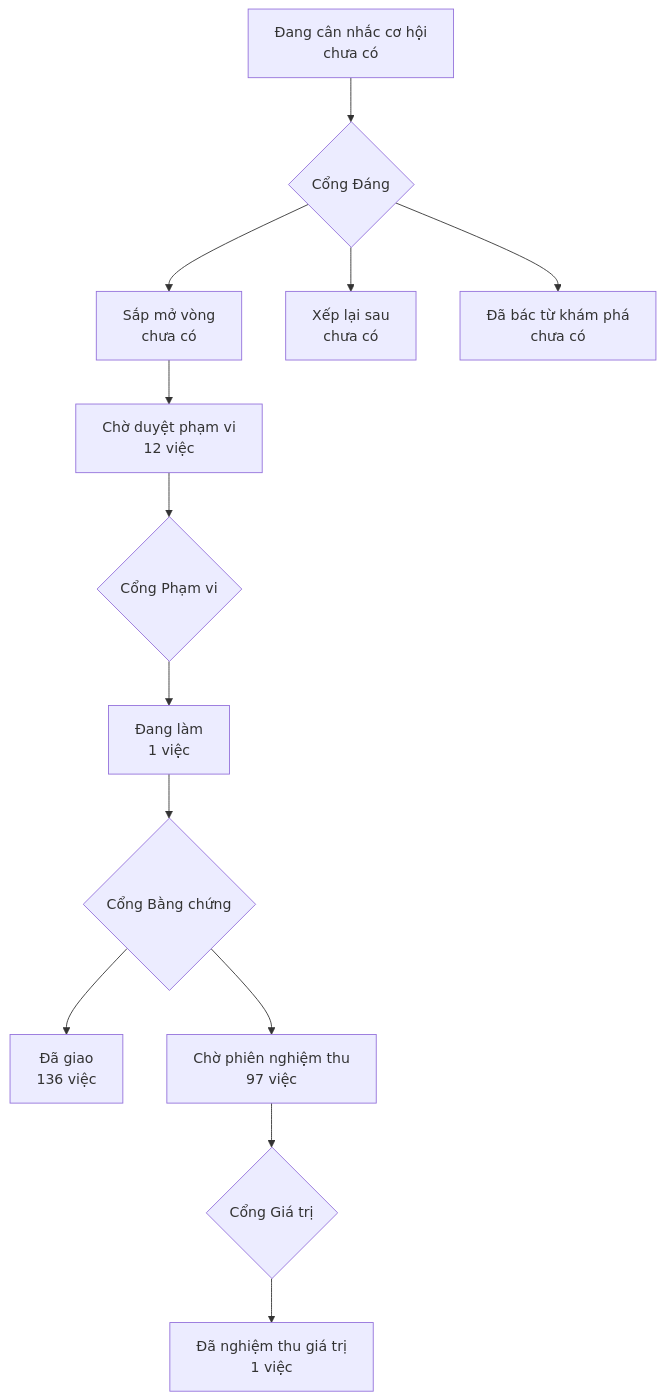
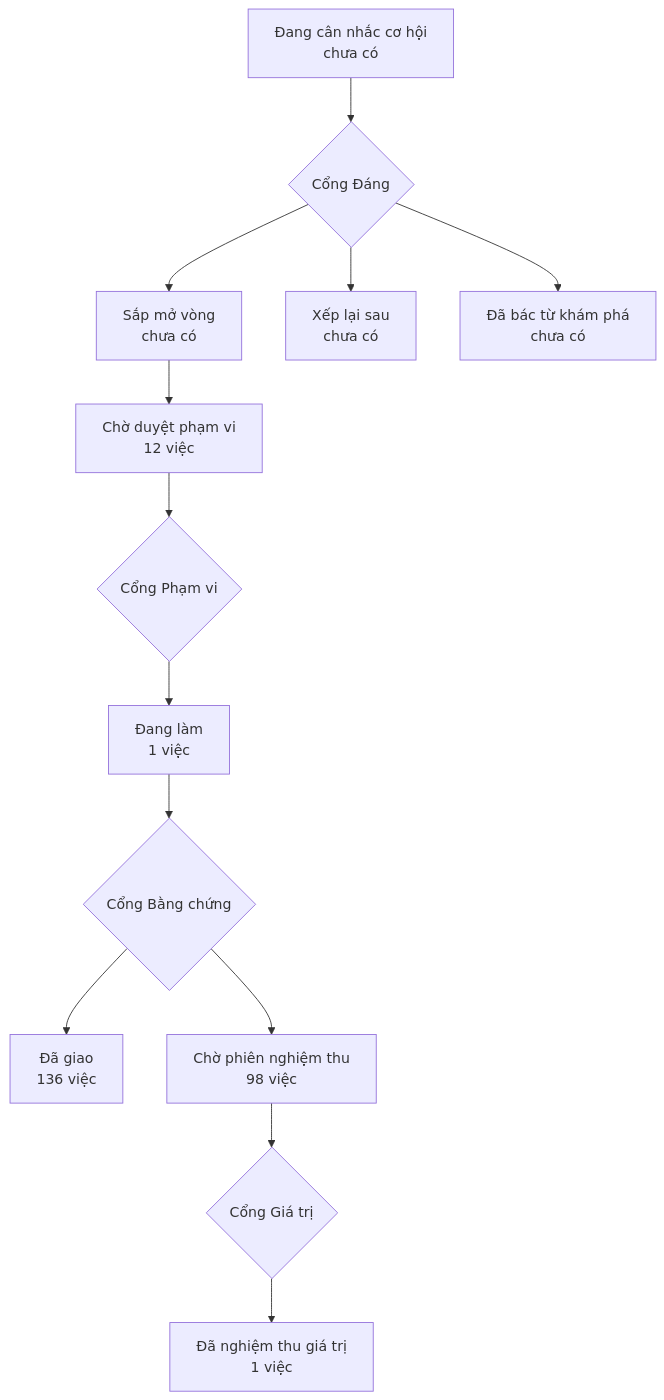
The diagram in PRODUCT-MAP.md (phanlemanh/onehub-invest), drawn with Mermaid before and after one commit. The commit also changed other lines of this file and 49 other files, not shown here.

Commit message:
docs(acceptance): trang-chi-tiet-tin qua S4 vòng 2, gói bằng chứng chờ Cổng Bằng chứng

````diff
--- a/PRODUCT-MAP.md
+++ b/PRODUCT-MAP.md
@@ -7,12 +7,12 @@
 ```mermaid
 flowchart TD
   A["Đang cân nhắc cơ hội<br/>chưa có"] --> GD{"Cổng Đáng"}
   GD --> B["Sắp mở vòng<br/>chưa có"]
   GD --> XL["Xếp lại sau<br/>chưa có"]
   GD --> DB["Đã bác từ khám phá<br/>chưa có"]
   B --> CD["Chờ duyệt phạm vi<br/>12 việc"] --> GP{"Cổng Phạm vi"}
   GP --> DL["Đang làm<br/>1 việc"] --> GB{"Cổng Bằng chứng"}
   GB --> DG["Đã giao<br/>136 việc"]
-  GB --> CN["Chờ phiên nghiệm thu<br/>97 việc"] --> GG{"Cổng Giá trị"}
+  GB --> CN["Chờ phiên nghiệm thu<br/>98 việc"] --> GG{"Cổng Giá trị"}
   GG --> NT["Đã nghiệm thu giá trị<br/>1 việc"]
 ```
````
